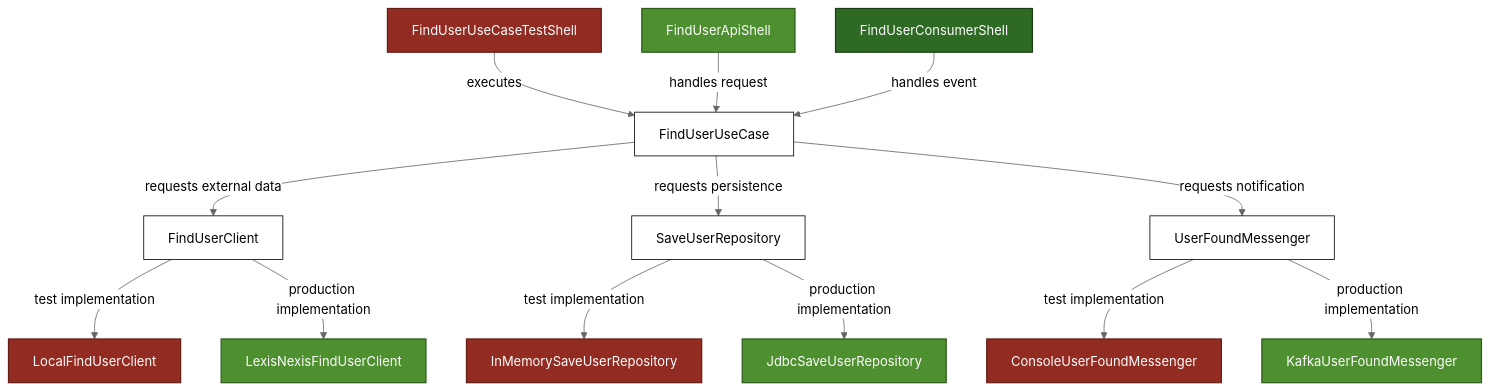
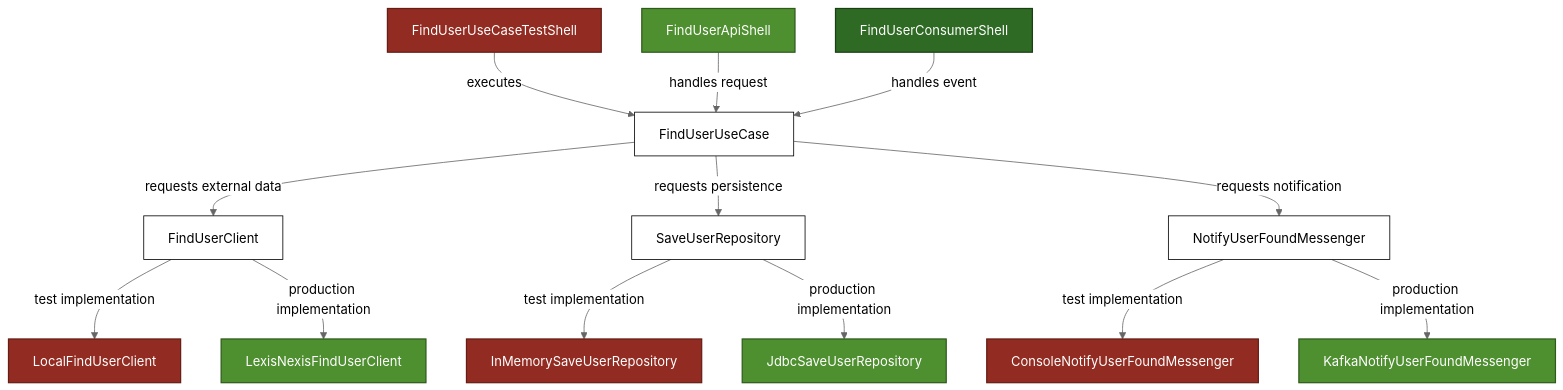
One commit to hermi-projects/hermi changed the diagram in README.md. Above: the diagram before and after it, drawn with Mermaid (neutral theme). The commit also changed other lines of this file and 5 other files, not shown here.

````diff
--- a/README.md
+++ b/README.md
@@ -581,40 +580,40 @@
 ```mermaid
 graph TD
     %% Test Shell
     A[FindUserUseCaseTestShell] -->|executes| U[FindUserUseCase]
 
     %% API Shell
     B[FindUserApiShell] -->|handles request| U
 
     %% Consumer Shell
     C[FindUserConsumerShell] -->|handles event| U
 
     %% Use Case -> Contracts
     U -->|requests external data| D[FindUserClient]
     U -->|requests persistence| E[SaveUserRepository]
-    U -->|requests notification| F[UserFoundMessenger]
+    U -->|requests notification| F[NotifyUserFoundMessenger]
 
     %% Test Implementations
     D -->|test implementation| G[LocalFindUserClient]
     E -->|test implementation| H[InMemorySaveUserRepository]
-    F -->|test implementation| I[ConsoleUserFoundMessenger]
+    F -->|test implementation| I[ConsoleNotifyUserFoundMessenger]
 
     %% Production Implementations
     D -->|production implementation| J[LexisNexisFindUserClient]
     E -->|production implementation| K[JdbcSaveUserRepository]
-    F -->|production implementation| L[KafkaUserFoundMessenger]
+    F -->|production implementation| L[KafkaNotifyUserFoundMessenger]
 
     %% Darker backgrounds + stronger contrast
     classDef test fill:#922B21,color:#FFFFFF,stroke:#641E16,stroke-width:1.5px
     classDef api fill:#4E8F2F,color:#FFFFFF,stroke:#2F5A1C,stroke-width:1.5px
     classDef consumer fill:#2E6A24,color:#FFFFFF,stroke:#1B3F15,stroke-width:1.5px
 
     %% Core stays clean
     classDef core fill:#FFFFFF,color:#000000,stroke:#000000,stroke-width:1px
 
     %% Assign classes
     class A,G,H,I test
     class B,J,K,L api
     class C consumer
     class U,D,E,F core
 ```
````
